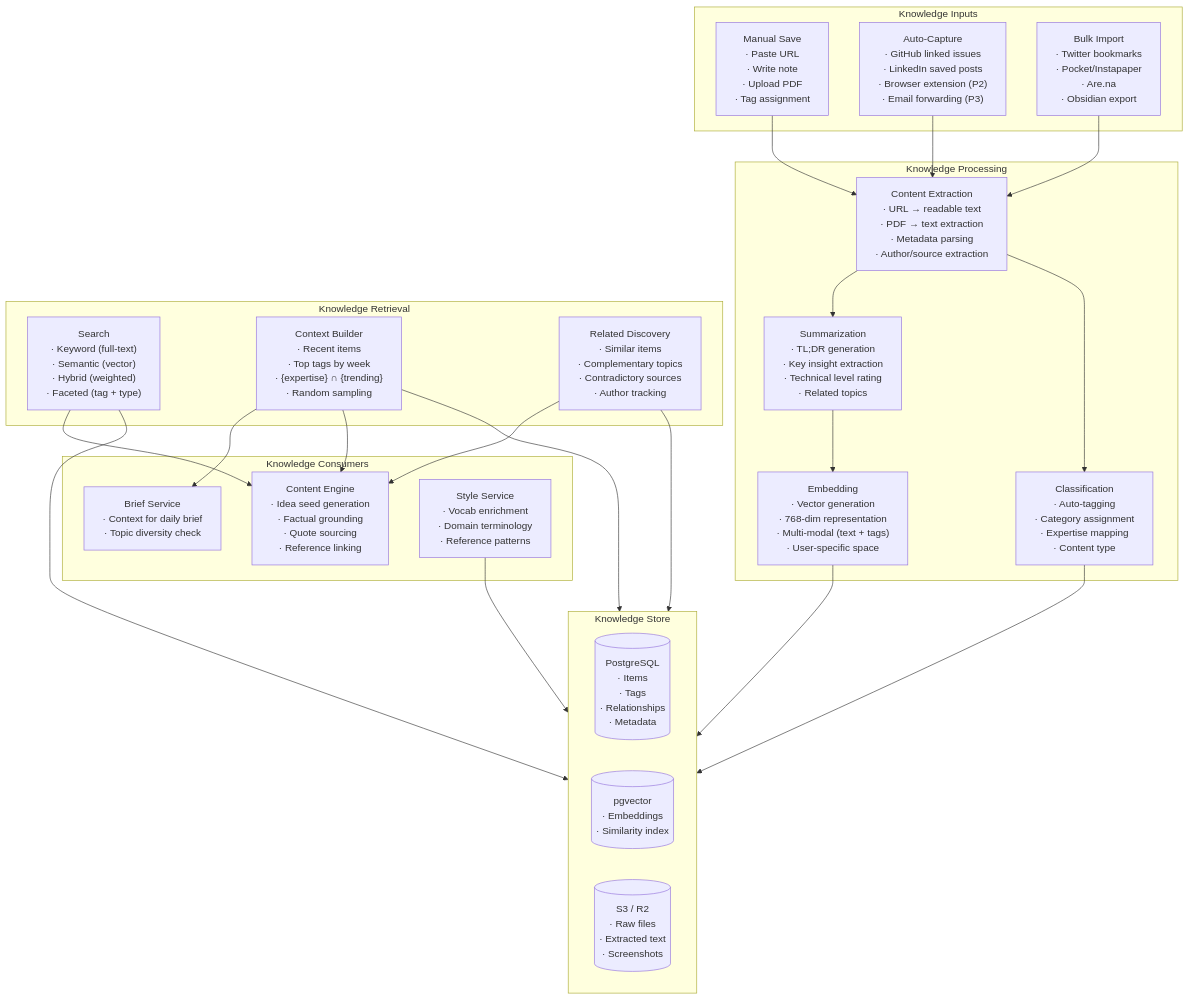
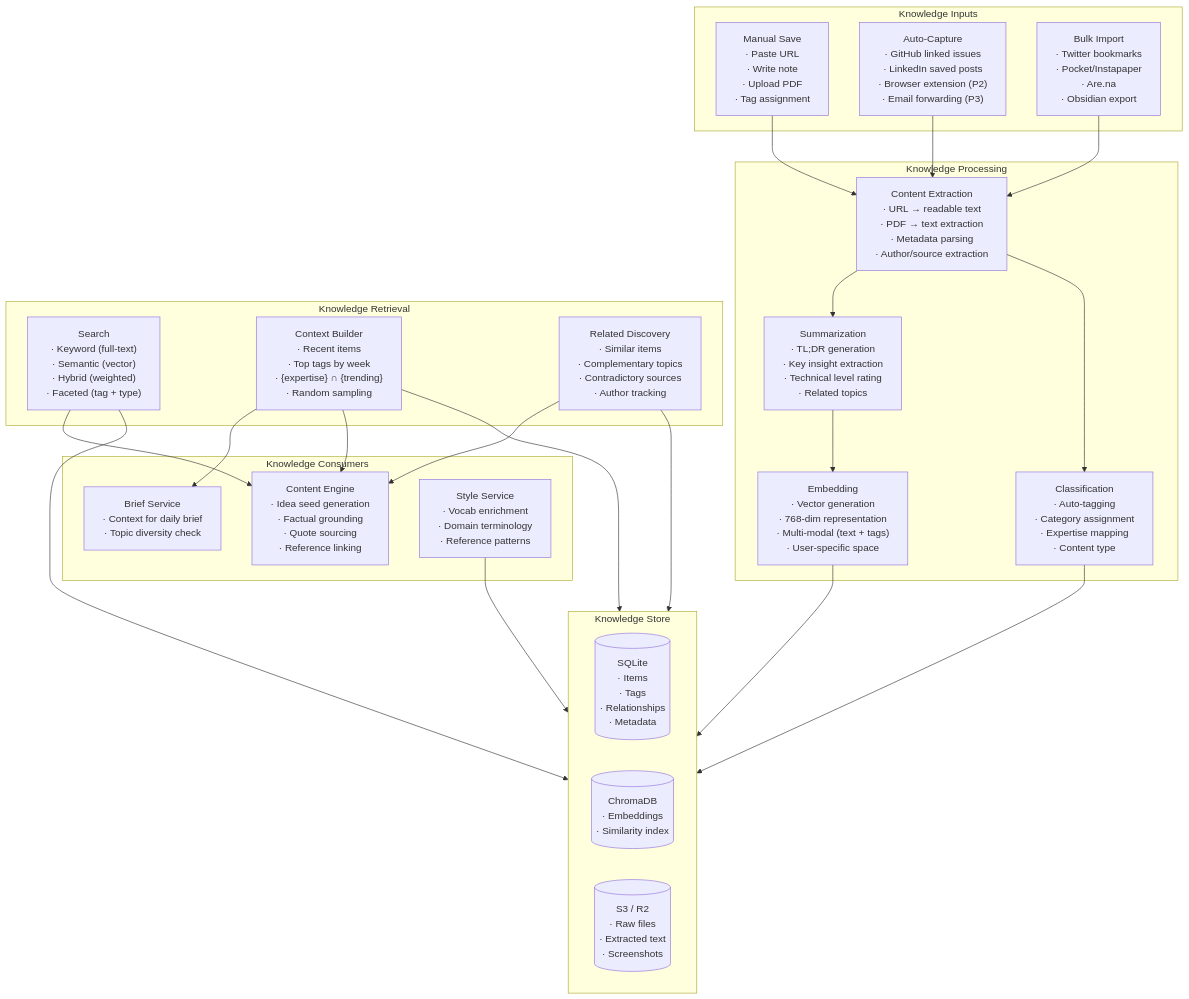
Diagram 12 of 24 in docs/02_SYSTEM_ARCHITECTURE.md (Blacksujit/AI-Brand-OS), drawn with Mermaid before and after one commit. The commit also changed other lines of this file and 18 other files, not shown here.

```diff
--- a/docs/02_SYSTEM_ARCHITECTURE.md
+++ b/docs/02_SYSTEM_ARCHITECTURE.md
@@ -1042,12 +1049,12 @@
   end
 
   subgraph STORE["Knowledge Store"]
-    PG[(PostgreSQL
+    SQLITE[(SQLite
         · Items
         · Tags
         · Relationships
         · Metadata)]
-    VEC[(pgvector
+    CHROMA[(ChromaDB
          · Embeddings
          · Similarity index)]
     S3[(S3 / R2
```
